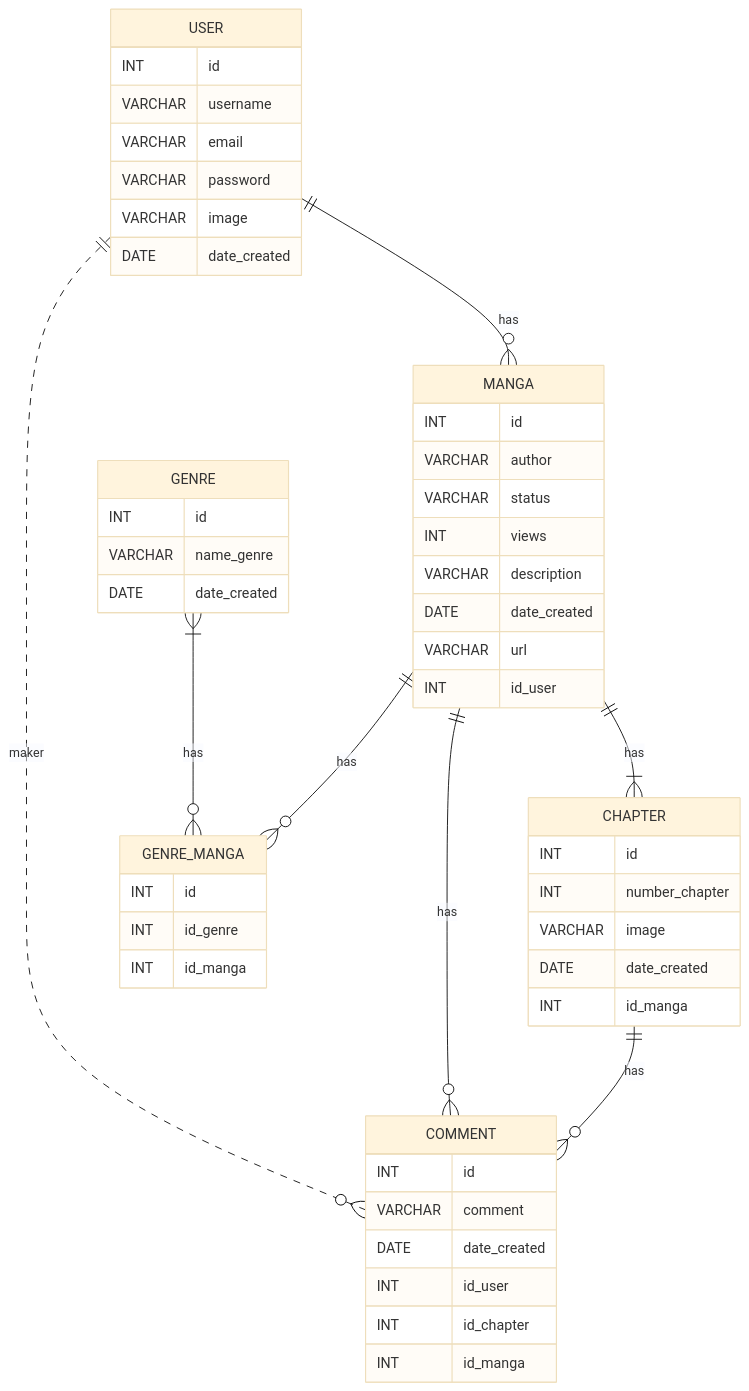
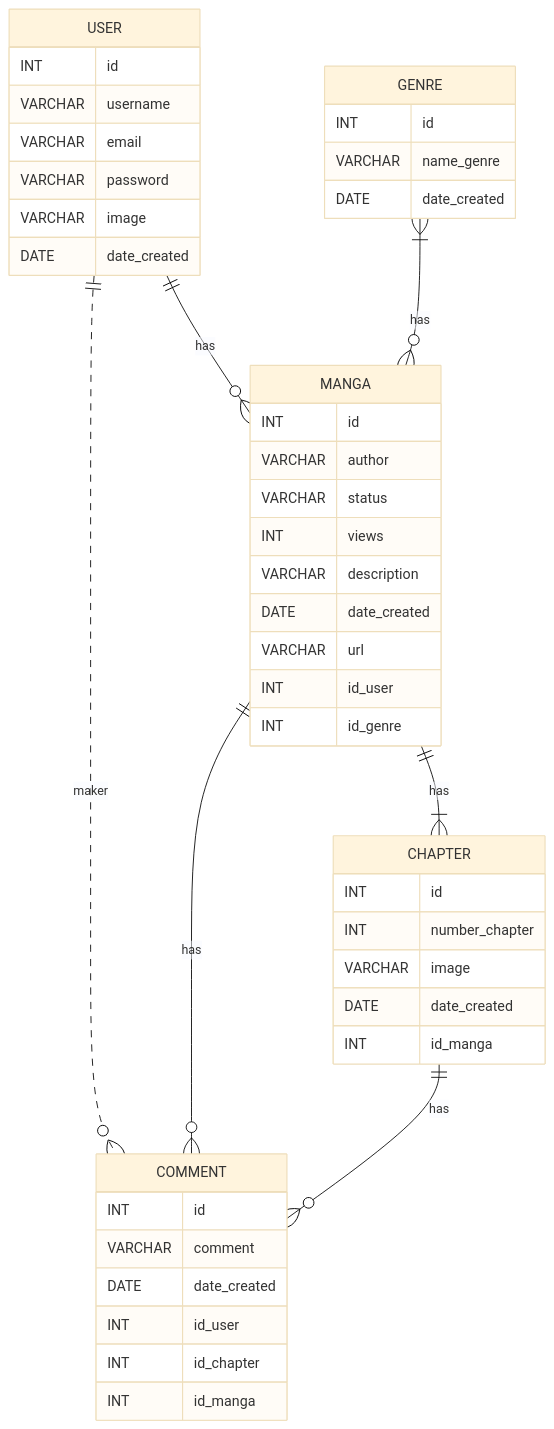
One commit to Space-Racoons/manga-zen changed the diagram in docs/doc-modelo.md. Above: the diagram before and after it, drawn with Mermaid (base theme).

Commit message:
docs: corrigindo doc-modelo #1

````diff
--- a/docs/doc-modelo.md
+++ b/docs/doc-modelo.md
@@ -5,59 +5,54 @@
 ```mermaid
 erDiagram
     USER ||..o{ COMMENT : maker
     USER ||--o{ MANGA : has
     MANGA ||--|{ CHAPTER : has
     MANGA ||--o{ COMMENT : has
     CHAPTER ||--o{ COMMENT : has
-    GENRE |{--o{ GENRE_MANGA: has
-    MANGA ||--o{ GENRE_MANGA : has
+    GENRE |{--o{  MANGA: has
 
     USER {
         INT id
         VARCHAR  username
         VARCHAR  email
         VARCHAR  password
         VARCHAR  image
         DATE date_created
     }
 
     COMMENT{
         INT id
         VARCHAR comment
         DATE date_created
         INT id_user
         INT id_chapter
         INT id_manga
     }
 
      MANGA{
         INT id
         VARCHAR  author
         VARCHAR  status
         INT      views
         VARCHAR  description
         DATE date_created
         VARCHAR  url
         INT id_user
+        INT id_genre
     }
 
     CHAPTER{
         INT id
         INT  number_chapter
         VARCHAR  image
         DATE date_created
         INT id_manga
     }
 
     GENRE{
         INT id
         VARCHAR name_genre
         DATE date_created
     }
 
-    GENRE_MANGA{
-        INT id
-        INT id_genre
-        INT id_manga
-    }
 ```
````
